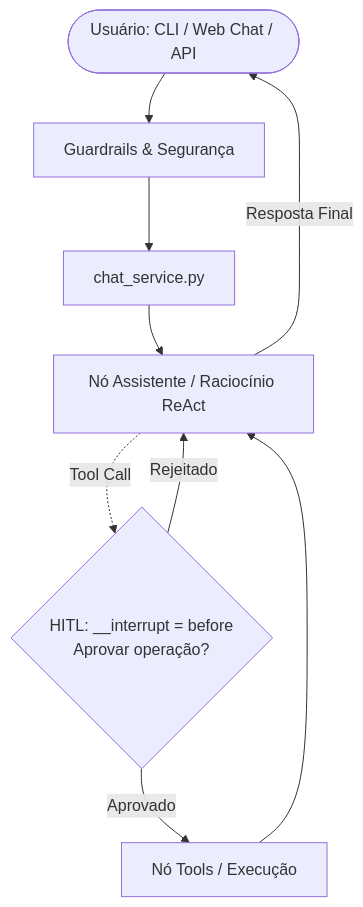
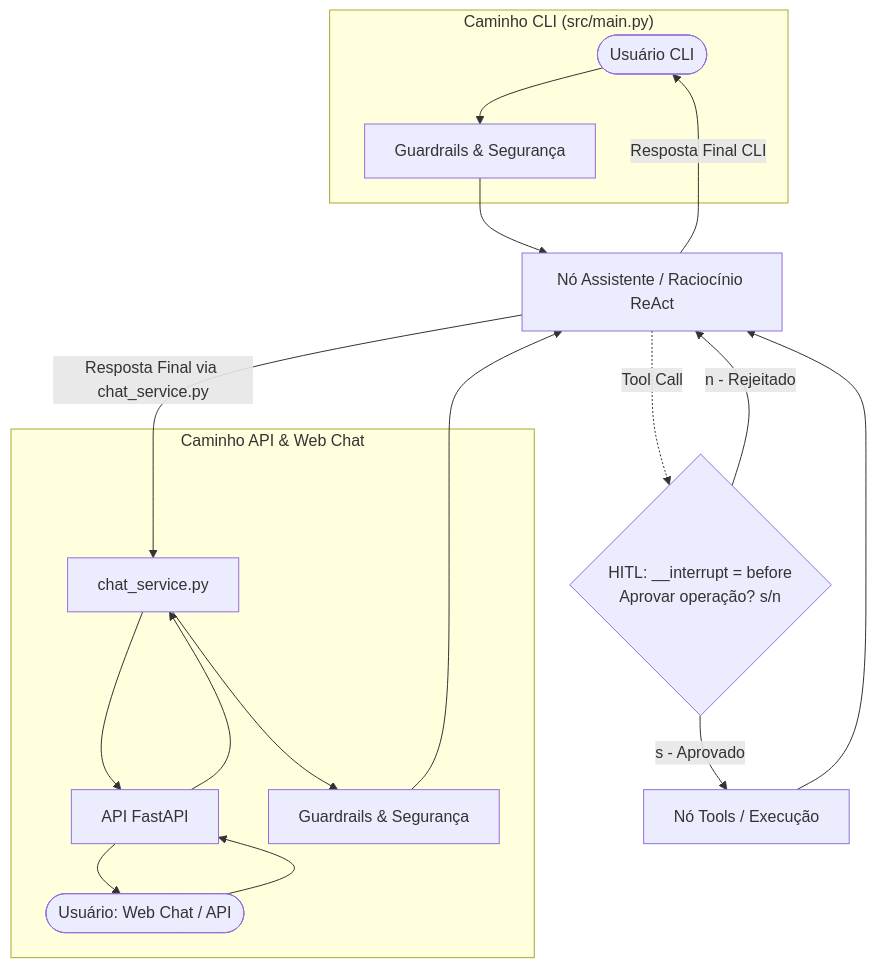
Before and after one commit to marcelozacha/agent_banco_clean_api_interface: the second of 2 diagrams in README.md, drawn with Mermaid.

Commit message:
fix: corrige diagrma de fluxo separando interfaces

````diff
--- a/README.md
+++ b/README.md
@@ -69,11 +69,25 @@
 ```mermaid
 graph TD
-    User([Usuário: CLI / Web Chat / API]) --> Guardrails[Guardrails & Segurança]
-    Guardrails --> ChatService[chat_service.py]
-    ChatService --> Assistente[Nó Assistente / Raciocínio ReAct]
-    Assistente -.->|Tool Call| HITL{HITL: __interrupt = before<br/>Aprovar operação?}
-    HITL -->|Aprovado| Tools[Nó Tools / Execução]
-    HITL -->|Rejeitado| Assistente
+    subgraph Fluxo_CLI["Caminho CLI (src/main.py)"]
+        UserCLI([Usuário CLI]) --> GuardrailsCLI[Guardrails & Segurança]
+    end
+
+    subgraph Fluxo_API_Web["Caminho API & Web Chat"]
+        UserWebAPI([Usuário: Web Chat / API]) --> APIWeb[API FastAPI]
+        APIWeb --> ChatService[chat_service.py]
+        ChatService --> GuardrailsService[Guardrails & Segurança]
+    end
+
+    GuardrailsCLI --> Assistente[Nó Assistente / Raciocínio ReAct]
+    GuardrailsService --> Assistente
+
+    Assistente -.->|Tool Call| HITL{HITL: __interrupt = before<br/>Aprovar operação? s/n}
+    HITL -->|s - Aprovado| Tools[Nó Tools / Execução]
+    HITL -->|n - Rejeitado| Assistente
     Tools --> Assistente
-    Assistente -->|Resposta Final| User
+
+    Assistente -->|Resposta Final CLI| UserCLI
+    Assistente -->|Resposta Final via chat_service.py| ChatService
+    ChatService --> APIWeb
+    APIWeb --> UserWebAPI
 ```
````
